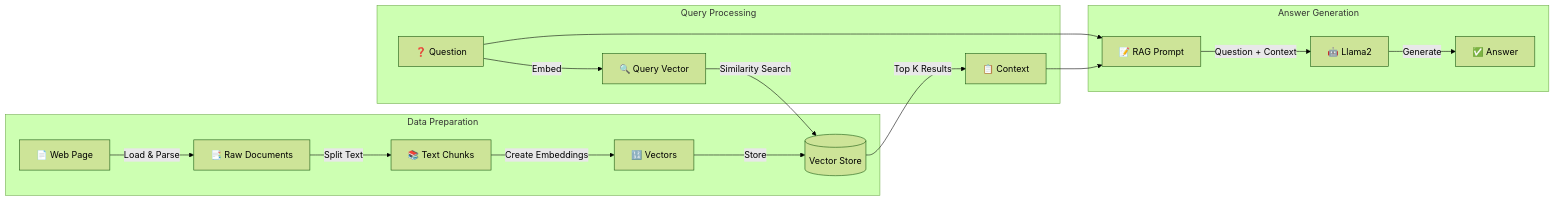
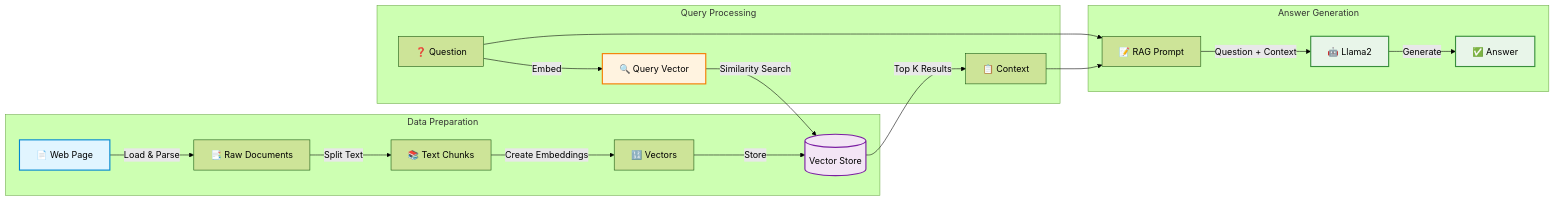
The diagram in 1-basic-rag/README.md (roypr-ma/rag-demo), drawn with Mermaid (forest theme) before and after one commit. The commit also changed 2 other files, not shown here.

````diff
--- a/1-basic-rag/README.md
+++ b/1-basic-rag/README.md
@@ -67,22 +67,28 @@
 ```mermaid
 graph LR
     subgraph "Data Preparation"
         A[📄 Web Page] -->|Load & Parse| B[📑 Raw Documents]
         B -->|Split Text| C[📚 Text Chunks]
         C -->|Create Embeddings| D[🔢 Vectors]
         D -->|Store| E[(Vector Store)]
     end
     
     subgraph "Query Processing"
         F[❓ Question] -->|Embed| G[🔍 Query Vector]
         G -->|Similarity Search| E
         E -->|Top K Results| H[📋 Context]
     end
     
     subgraph "Answer Generation"
         F --> I[📝 RAG Prompt]
         H --> I
         I -->|Question + Context| J[🤖 Llama2]
         J -->|Generate| K[✅ Answer]
     end
+    
+    style A fill:#e1f5ff,stroke:#0288d1,stroke-width:2px
+    style E fill:#f3e5f5,stroke:#7b1fa2,stroke-width:2px
+    style G fill:#fff3e0,stroke:#f57c00,stroke-width:2px
+    style J fill:#e8f5e9,stroke:#388e3c,stroke-width:2px
+    style K fill:#e8f5e9,stroke:#388e3c,stroke-width:2px
 ```
````
